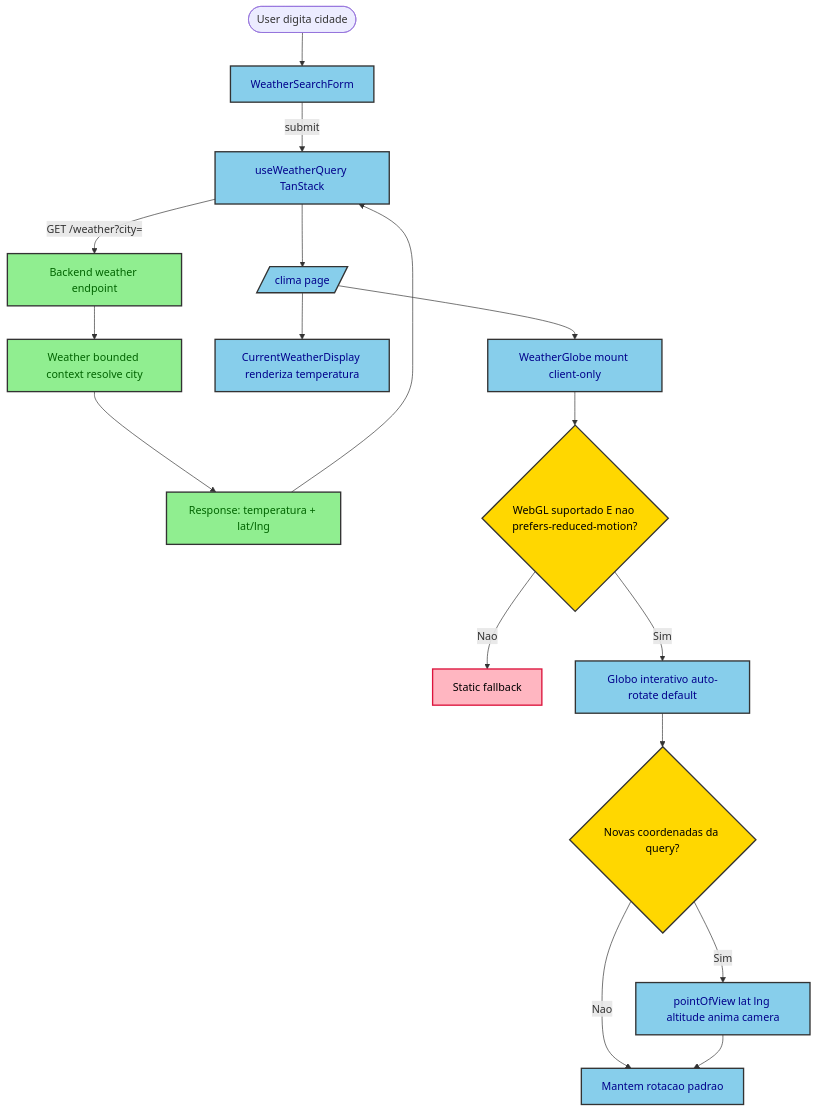
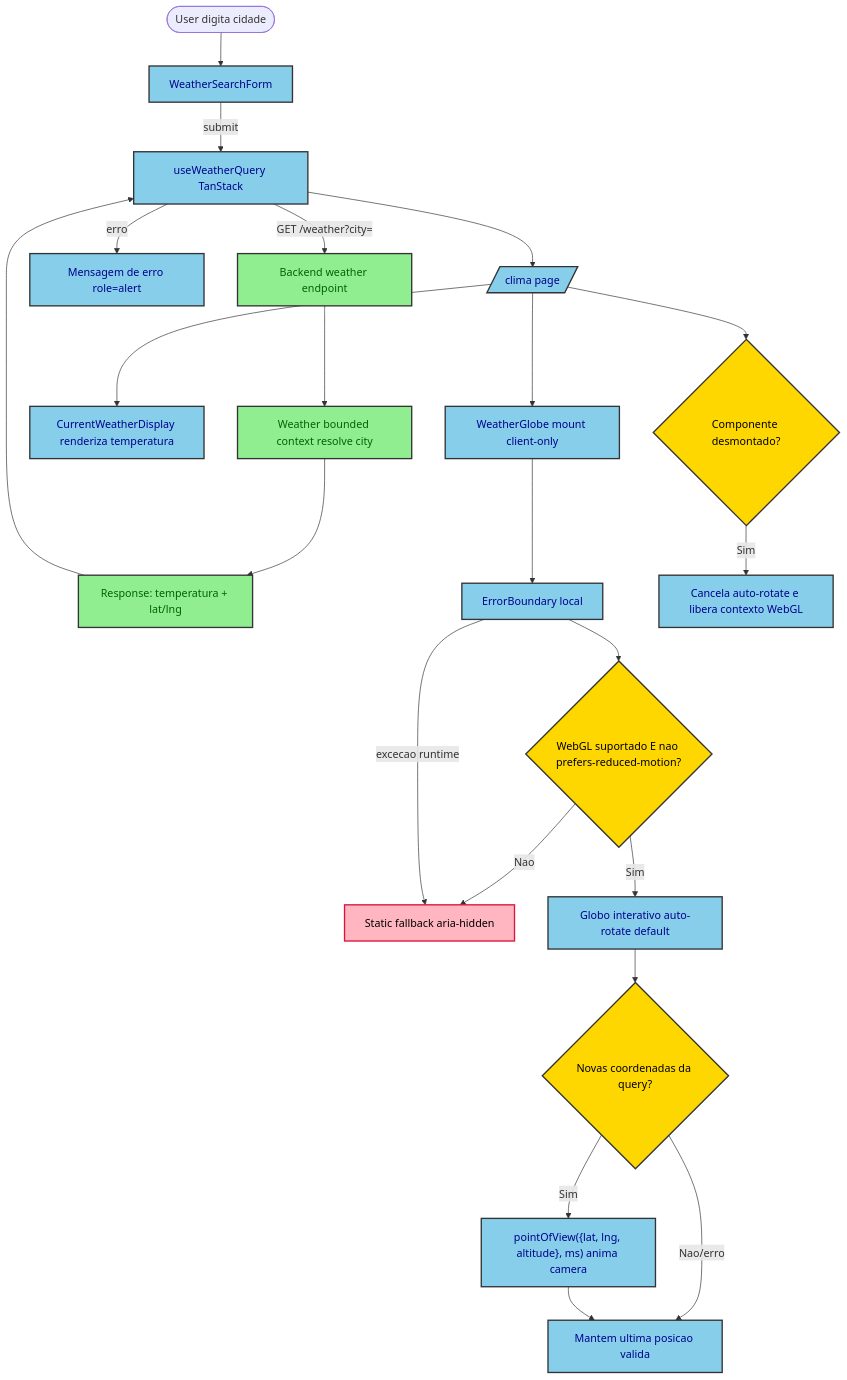
The diagram in docs/superpowers/weather-globe-clima/specs/diagrams/weather-globe-clima-design_01_flowchart_weatherglobe_data_fl.mmd (Cahmoraes/clean-arch-solid-ddd), drawn with Mermaid before and after one commit. The commit also changed 1 other file, not shown here.

Commit message:
docs(weather-globe-clima): corrige spec após revisão (super.reviewing-specs)
Corrige assinatura de pointOfView (objeto, não posicional), fecha o
contrato lat/lng de D3, especifica cleanup de WebGL, ErrorBoundary local,
aria-hidden/desabilitar controles de órbita, comportamento em erro de
busca, placeholder de loading e teste estrutural anti-regressão de bundle.

Claude-Session: https://claude.ai/code/session_01AnsdcbLDqKorKpafeURaaY

```diff
--- a/docs/superpowers/weather-globe-clima/specs/diagrams/weather-globe-clima-design_01_flowchart_weatherglobe_data_fl.mmd
+++ b/docs/superpowers/weather-globe-clima/specs/diagrams/weather-globe-clima-design_01_flowchart_weatherglobe_data_fl.mmd
@@ -1,30 +1,36 @@
 flowchart TD
     Start([User digita cidade]) --> Form[WeatherSearchForm]
     Form -->|submit| Hook[useWeatherQuery TanStack]
     Hook -->|"GET /weather?city="| API[Backend weather endpoint]
     API --> Domain[Weather bounded context resolve city]
     Domain --> Response[Response: temperatura + lat/lng]
     Response --> Hook
 
+    Hook -->|erro| Error[Mensagem de erro role=alert]
     Hook --> Page[/clima page/]
     Page --> Card[CurrentWeatherDisplay renderiza temperatura]
     Page --> Globe[WeatherGlobe mount client-only]
 
-    Globe --> Check{WebGL suportado E nao prefers-reduced-motion?}
-    Check -->|Nao| Fallback[Static fallback]
+    Globe --> Boundary[ErrorBoundary local]
+    Boundary --> Check{WebGL suportado E nao prefers-reduced-motion?}
+    Check -->|Nao| Fallback[Static fallback aria-hidden]
     Check -->|Sim| Interactive[Globo interativo auto-rotate default]
+    Boundary -->|excecao runtime| Fallback
 
     Interactive --> NewCoords{Novas coordenadas da query?}
-    NewCoords -->|Sim| Animate[pointOfView lat lng altitude anima camera]
-    NewCoords -->|Nao| Idle[Mantem rotacao padrao]
+    NewCoords -->|Sim| Animate["pointOfView({lat, lng, altitude}, ms) anima camera"]
+    NewCoords -->|Nao/erro| Idle[Mantem ultima posicao valida]
     Animate --> Idle
+
+    Page --> Unmount{Componente desmontado?}
+    Unmount -->|Sim| Cleanup[Cancela auto-rotate e libera contexto WebGL]
 
     classDef frontend fill:#87CEEB,stroke:#333,stroke-width:2px,color:darkblue
     classDef backend fill:#90EE90,stroke:#333,stroke-width:2px,color:darkgreen
     classDef decision fill:#FFD700,stroke:#333,stroke-width:2px,color:black
     classDef fallback fill:#FFB6C1,stroke:#DC143C,stroke-width:2px,color:black
 
-    class Form,Hook,Page,Card,Globe,Interactive,Animate,Idle frontend
+    class Form,Hook,Page,Card,Globe,Boundary,Interactive,Animate,Idle,Cleanup,Error frontend
     class API,Domain,Response backend
-    class Check,NewCoords decision
+    class Check,NewCoords,Unmount decision
     class Fallback fallback
```
